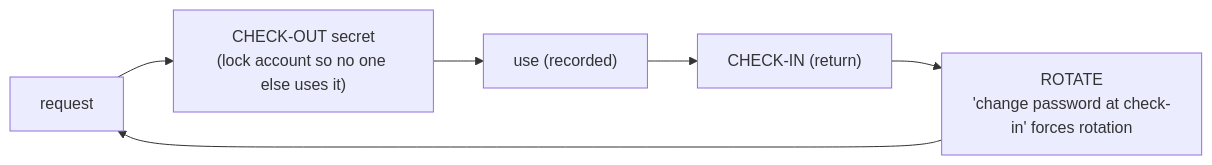
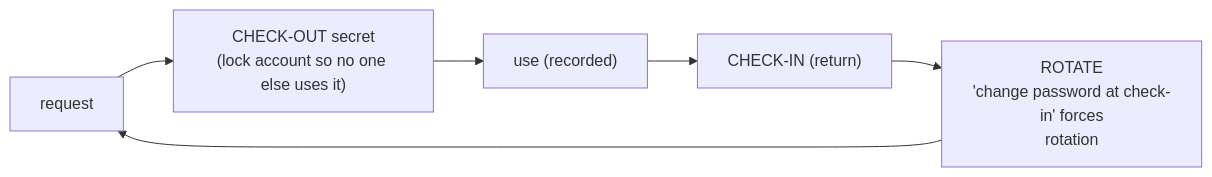
The third of 3 diagrams in foundations/privileged-accounts-and-credentials.md (morandeirachema/WallixCerts), drawn with Mermaid before and after one commit. The commit also changed other lines of this file and 37 other files, not shown here.

First line of the commit message:
Make Mermaid node boxes fit their text (wrap long labels) + enforce it

````diff
--- a/foundations/privileged-accounts-and-credentials.md
+++ b/foundations/privileged-accounts-and-credentials.md
@@ -117,8 +117,8 @@
 ```mermaid
 flowchart LR
     Req["request"] --> CO["CHECK-OUT secret<br/>(lock account so no one else uses it)"]
     CO --> Use["use (recorded)"]
     Use --> CI["CHECK-IN (return)"]
-    CI --> Rot["ROTATE<br/>'change password at check-in' forces rotation"]
+    CI --> Rot["ROTATE<br/>'change password at check-in' forces<br/>rotation"]
     Rot --> Req
 ```
````
